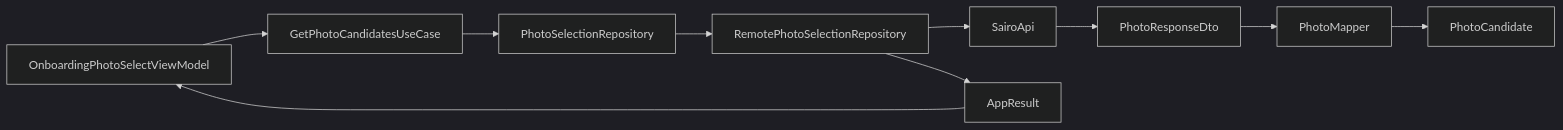
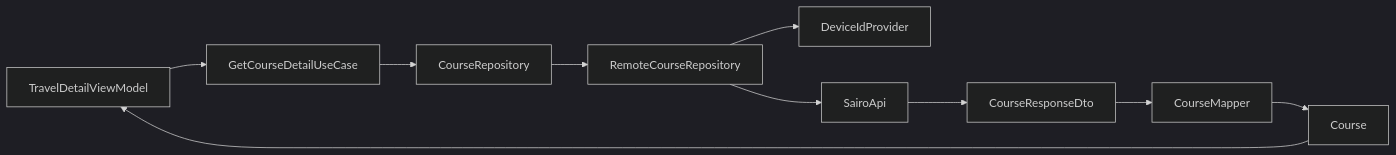
The diagram in docs/intermediate/retrofit-repository-boundary.md (SAIRO14/SAIRO-ANDROID), drawn with Mermaid (dark theme) before and after one commit. The commit also changed other lines of this file and 2 other files, not shown here.

````diff
--- a/docs/intermediate/retrofit-repository-boundary.md
+++ b/docs/intermediate/retrofit-repository-boundary.md
@@ -77,12 +52,12 @@
 ```mermaid
 flowchart LR
-    VM[OnboardingPhotoSelectViewModel] --> UC[GetPhotoCandidatesUseCase]
-    UC --> RI[PhotoSelectionRepository]
-    RI --> RR[RemotePhotoSelectionRepository]
-    RR --> API[SairoApi]
-    API --> DTO[PhotoResponseDto]
-    DTO --> MAP[PhotoMapper]
-    MAP --> DOMAIN[PhotoCandidate]
-    RR --> RESULT[AppResult]
-    RESULT --> VM
+    VM["TravelDetailViewModel"] --> UC["GetCourseDetailUseCase"]
+    UC --> REPO["CourseRepository"]
+    REPO --> REMOTE["RemoteCourseRepository"]
+    REMOTE --> ID["DeviceIdProvider"]
+    REMOTE --> API["SairoApi"]
+    API --> DTO["CourseResponseDto"]
+    DTO --> MAP["CourseMapper"]
+    MAP --> DOMAIN["Course"]
+    DOMAIN --> VM
 ```
````
